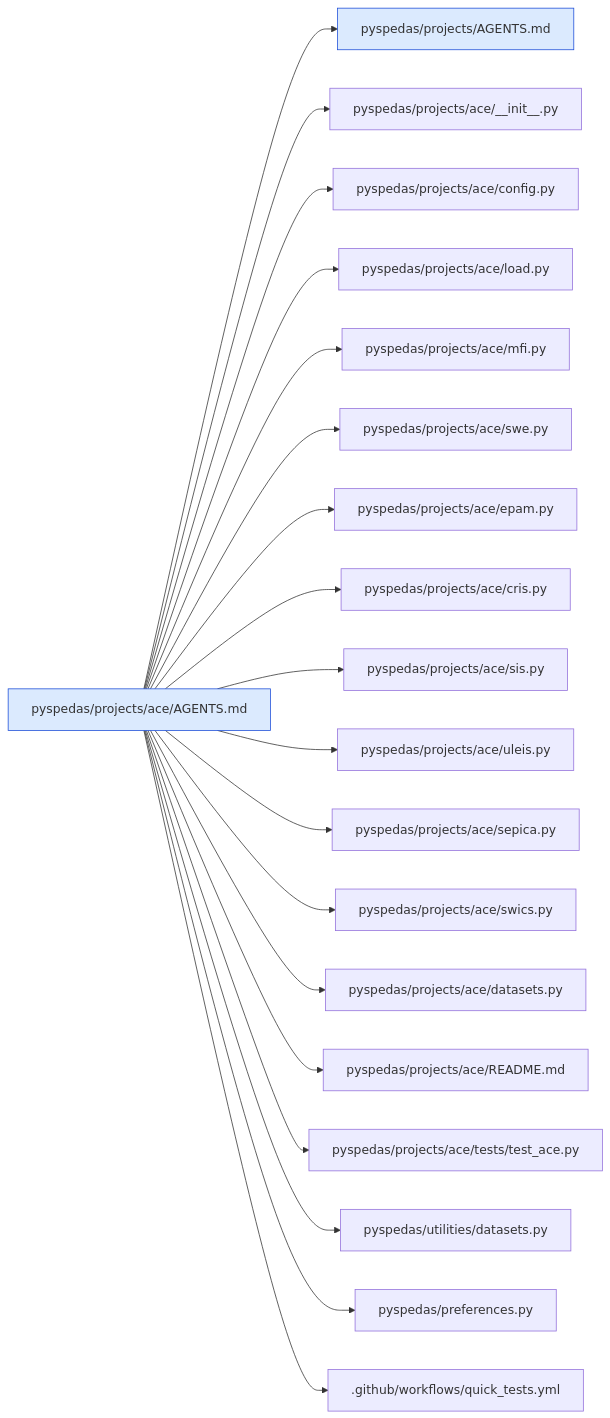
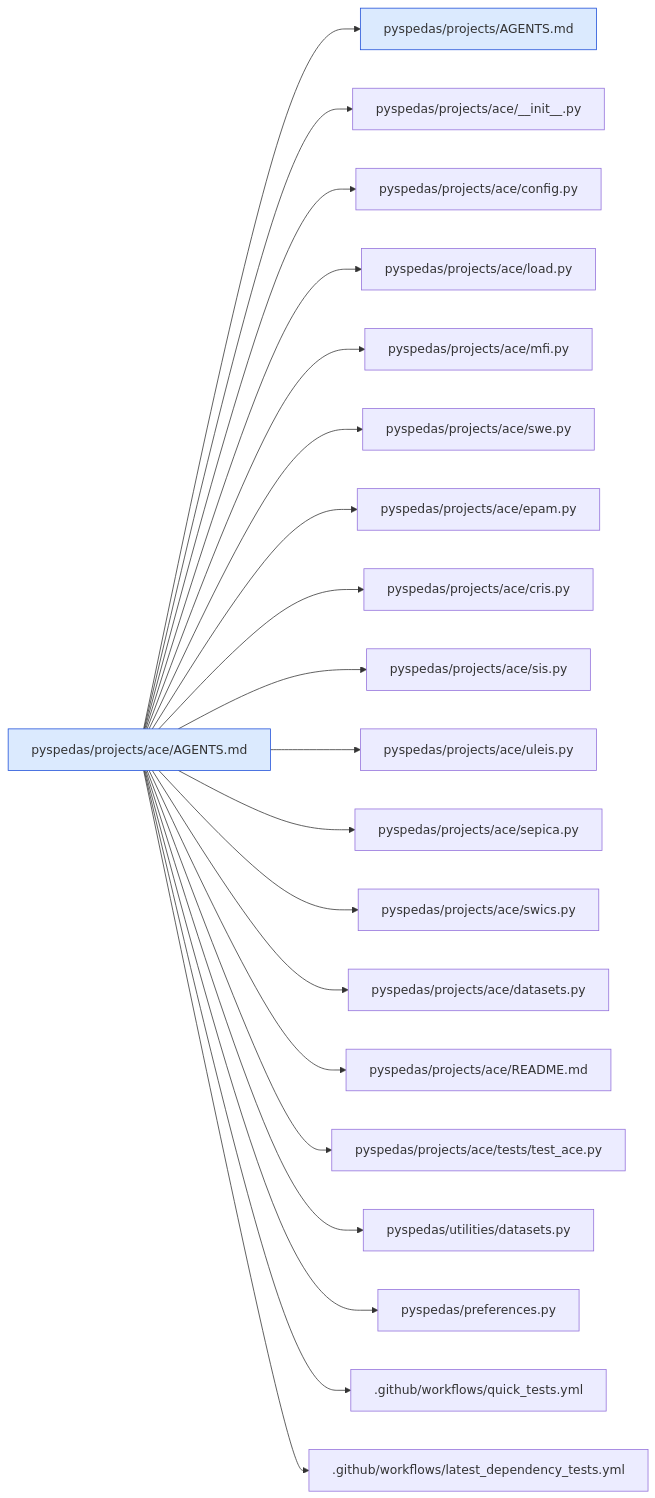
One commit to spedas/pyspedas changed the ninth of 43 diagrams in .agents/map/MAP.md. Above: the diagram before and after it, drawn with Mermaid. The commit also changed other lines of this file and 15 other files, not shown here.

Commit message:
Updated md and rst docs to mention that new tests added to quick_tests workflow should also be added to latest_dependency_tests

````diff
--- a/.agents/map/MAP.md
+++ b/.agents/map/MAP.md
@@ -495,24 +496,25 @@
 ```mermaid
 graph LR
   classDef agents fill:#dbeafe,stroke:#1d4ed8
   classDef missing fill:#fee2e2,stroke:#b91c1c,stroke-dasharray:4
   self["pyspedas/projects/ace/AGENTS.md"]:::agents
   self --> r0["pyspedas/projects/AGENTS.md"]:::agents
   self --> r1["pyspedas/projects/ace/__init__.py"]
   self --> r2["pyspedas/projects/ace/config.py"]
   self --> r3["pyspedas/projects/ace/load.py"]
   self --> r4["pyspedas/projects/ace/mfi.py"]
   self --> r5["pyspedas/projects/ace/swe.py"]
   self --> r6["pyspedas/projects/ace/epam.py"]
   self --> r7["pyspedas/projects/ace/cris.py"]
   self --> r8["pyspedas/projects/ace/sis.py"]
   self --> r9["pyspedas/projects/ace/uleis.py"]
   self --> r10["pyspedas/projects/ace/sepica.py"]
   self --> r11["pyspedas/projects/ace/swics.py"]
   self --> r12["pyspedas/projects/ace/datasets.py"]
   self --> r13["pyspedas/projects/ace/README.md"]
   self --> r14["pyspedas/projects/ace/tests/test_ace.py"]
   self --> r15["pyspedas/utilities/datasets.py"]
   self --> r16["pyspedas/preferences.py"]
   self --> r17[".github/workflows/quick_tests.yml"]
+  self --> r18[".github/workflows/latest_dependency_tests.yml"]
 ```
````
